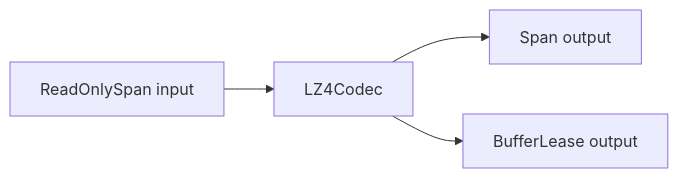
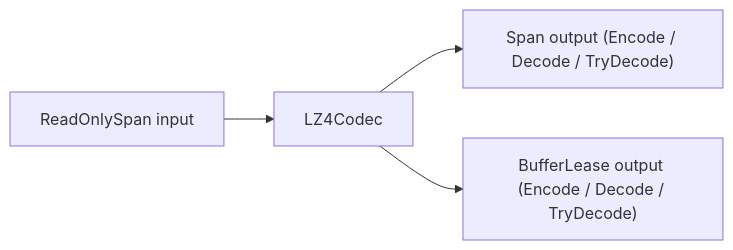
Before and after one commit to ppn-systems/nalix-docs: the diagram in src/content/docs/en-us/api/codec/lz4.md, drawn with Mermaid. The commit also changed other lines of this file and 180 other files, not shown here.

````diff
--- a/src/content/docs/en-us/api/codec/lz4.md
+++ b/src/content/docs/en-us/api/codec/lz4.md
@@ -41,6 +33,6 @@
 ```mermaid
 flowchart LR
     A["ReadOnlySpan<byte> input"] --> B["LZ4Codec"]
-    B --> C["Span<byte> output"]
-    B --> D["BufferLease output"]
+    B --> C["Span<byte> output (Encode / Decode / TryDecode)"]
+    B --> D["BufferLease output (Encode / Decode / TryDecode)"]
 ```
````
